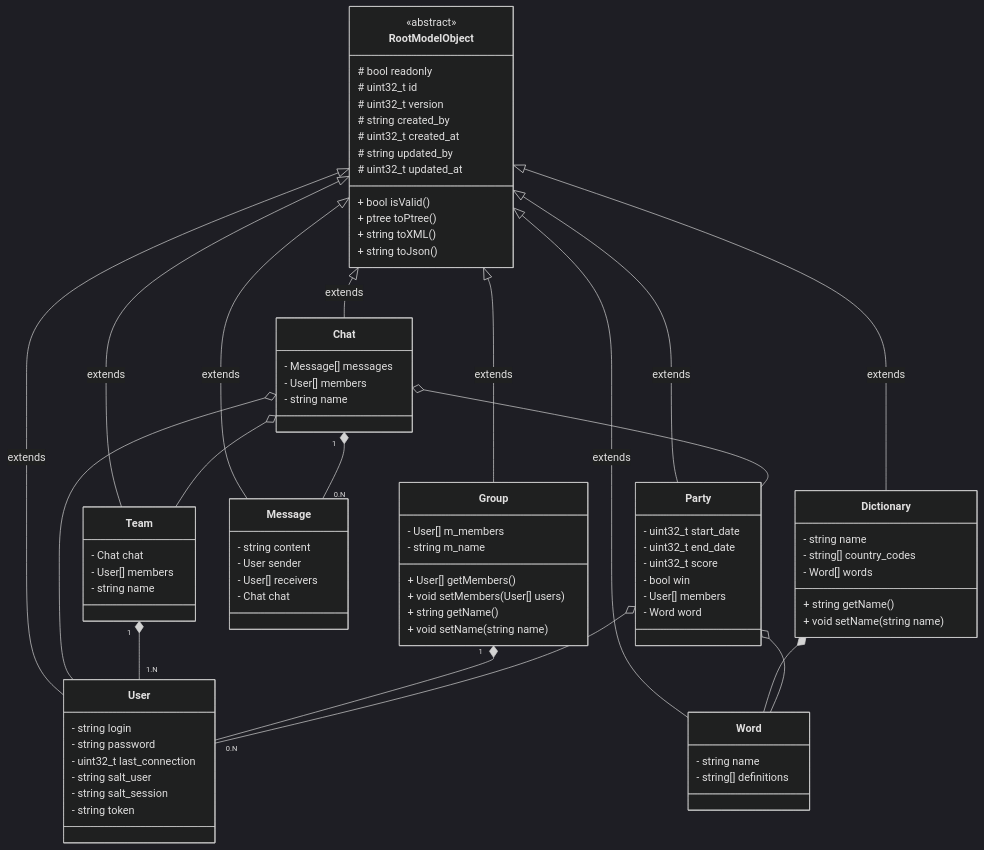
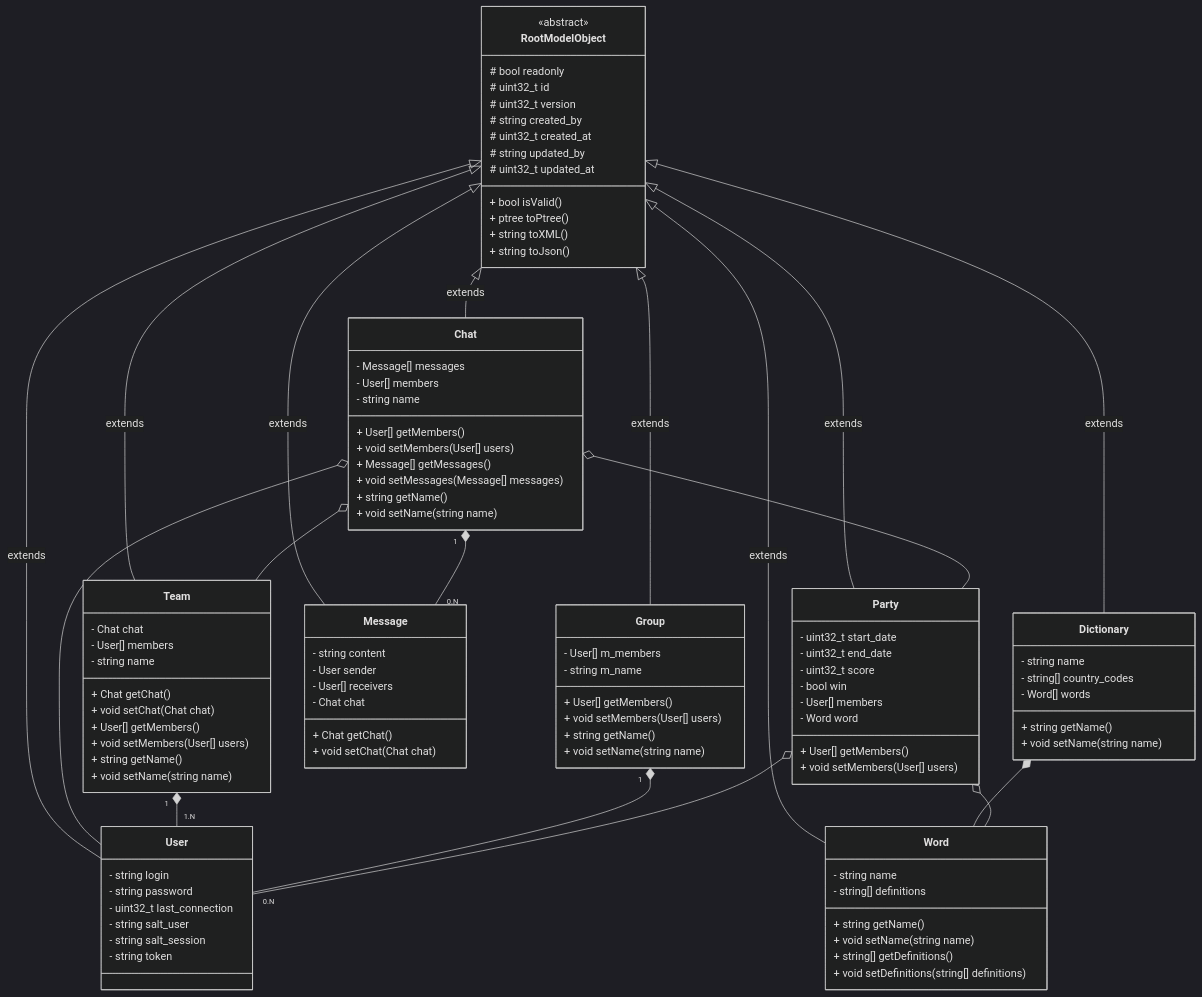
One commit to MGuillaumeF/hangman-game changed the diagram in wiki/dev-rules.md. Above: the diagram before and after it, drawn with Mermaid (dark theme).

````diff
--- a/wiki/dev-rules.md
+++ b/wiki/dev-rules.md
@@ -105,20 +105,40 @@
 Dictionary : + void setName(string name)
 Word : - string name
 Word : - string[] definitions
+Word : + string getName()
+Word : + void setName(string name)
+Word : + string[] getDefinitions()
+Word : + void setDefinitions(string[] definitions)
 Party : - uint32_t start_date
 Party : - uint32_t end_date
 Party : - uint32_t score
 Party : - bool win
 Party : - User[] members
 Party : - Word word
+Party : + User[] getMembers()
+Party : + void setMembers(User[] users)
 Message : - string content
 Message : - User sender
 Message : - User[] receivers
 Message : - Chat chat
+Message : + Chat getChat()
+Message : + void setChat(Chat chat)
 Chat : - Message[] messages
 Chat : - User[] members
 Chat : - string name
+Chat : + User[] getMembers()
+Chat : + void setMembers(User[] users)
+Chat : + Message[] getMessages()
+Chat : + void setMessages(Message[] messages)
+Chat : + string getName()
+Chat : + void setName(string name)
 Team : - Chat chat
 Team : - User[] members
 Team : - string name
+Team : + Chat getChat()
+Team : + void setChat(Chat chat)
+Team : + User[] getMembers()
+Team : + void setMembers(User[] users)
+Team : + string getName()
+Team : + void setName(string name)
 ```
````
